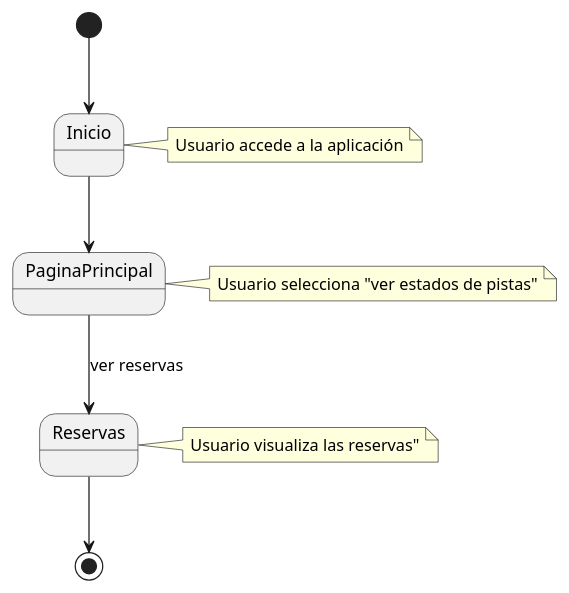
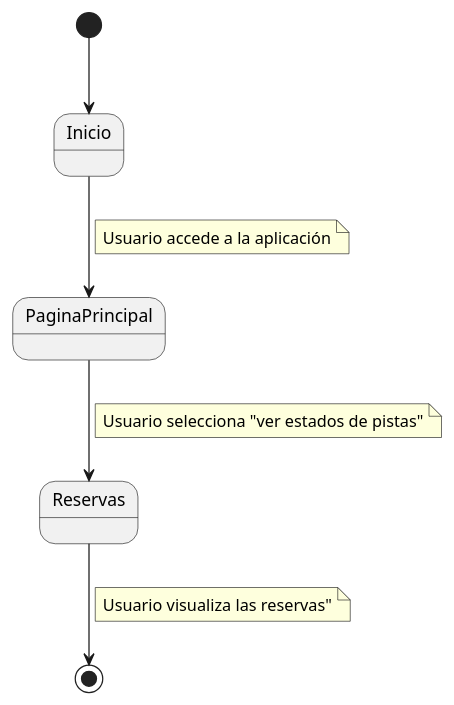
The diagram in CasosDeUso/CduDetallados/CduPistas/LeerHorariosPista.puml (pablarce/23-24-IdSw1-SDR), drawn with PlantUML before and after one commit. The commit also changed 11 other files, not shown here.

Commit message:
chore: Update use case diagrams for Pistas module

```diff
--- a/CasosDeUso/CduDetallados/CduPistas/LeerHorariosPista.puml
+++ b/CasosDeUso/CduDetallados/CduPistas/LeerHorariosPista.puml
@@ -1,18 +1,15 @@
 @startuml
 [*] --> Inicio
 Inicio --> PaginaPrincipal
-
-PaginaPrincipal --> Reservas : ver reservas
-Reservas --> [*]
-
-
-note right of Inicio
-Usuario accede a la aplicación
+note on link
+    Usuario accede a la aplicación
 end note
-note right of PaginaPrincipal
+PaginaPrincipal --> Reservas
+note on link
 Usuario selecciona "ver estados de pistas"
 end note
-note right of Reservas
+Reservas --> [*]
+note on link
 Usuario visualiza las reservas"
 end note
 @enduml
```
